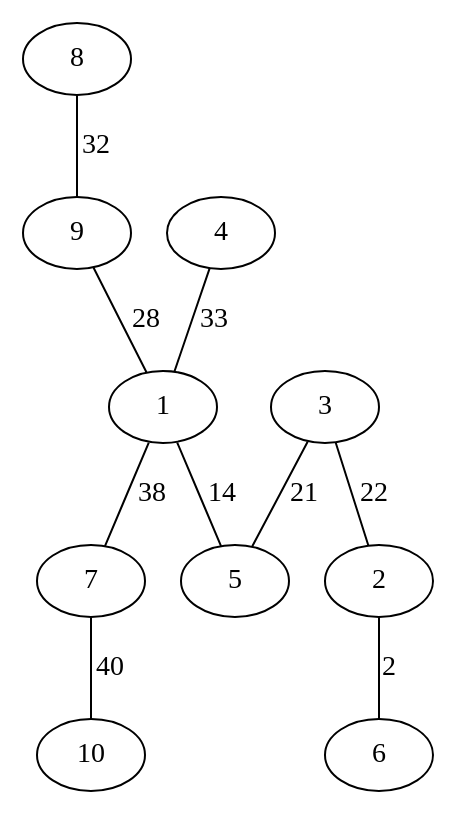
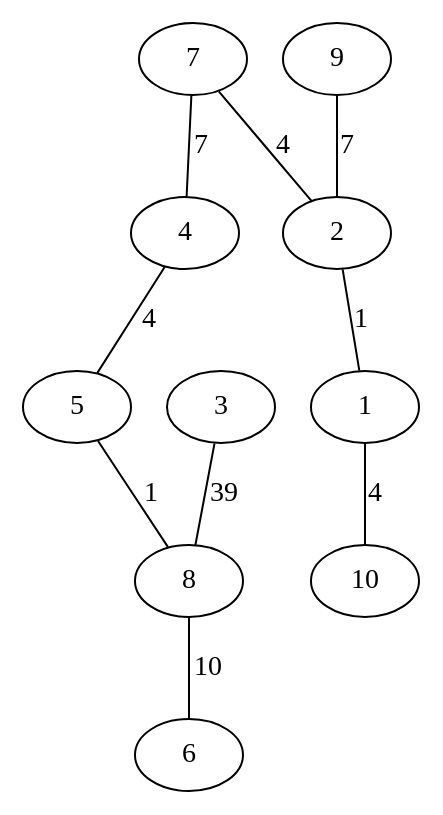
One commit to ElvisTech007/proyectos_DAA changed the diagram in proyecto_1/archivos_graphviz/AAMST.dot. Above: the diagram before and after it, drawn with Graphviz. The commit also changed 3 other files, not shown here.

```diff
--- a/proyecto_1/archivos_graphviz/AAMST.dot
+++ b/proyecto_1/archivos_graphviz/AAMST.dot
@@ -1,21 +1,21 @@
 graph G_1_MST {
+    7;
+    4;
+    3;
     8;
-    9;
-    7;
-    10;
+    2;
     1;
     5;
-    3;
-    2;
-    4;
+    9;
+    10;
     6;
-    8 -- 9 [label="32"];
-    7 -- 10 [label="40"];
-    9 -- 1 [label="28"];
-    1 -- 5 [label="14"];
-    3 -- 2 [label="22"];
-    4 -- 1 [label="33"];
-    3 -- 5 [label="21"];
-    1 -- 7 [label="38"];
-    2 -- 6 [label="2"];
+    7 -- 4 [label="7"];
+    3 -- 8 [label="39"];
+    2 -- 1 [label="1"];
+    5 -- 8 [label="1"];
+    9 -- 2 [label="7"];
+    4 -- 5 [label="4"];
+    1 -- 10 [label="4"];
+    7 -- 2 [label="4"];
+    8 -- 6 [label="10"];
 }
```
